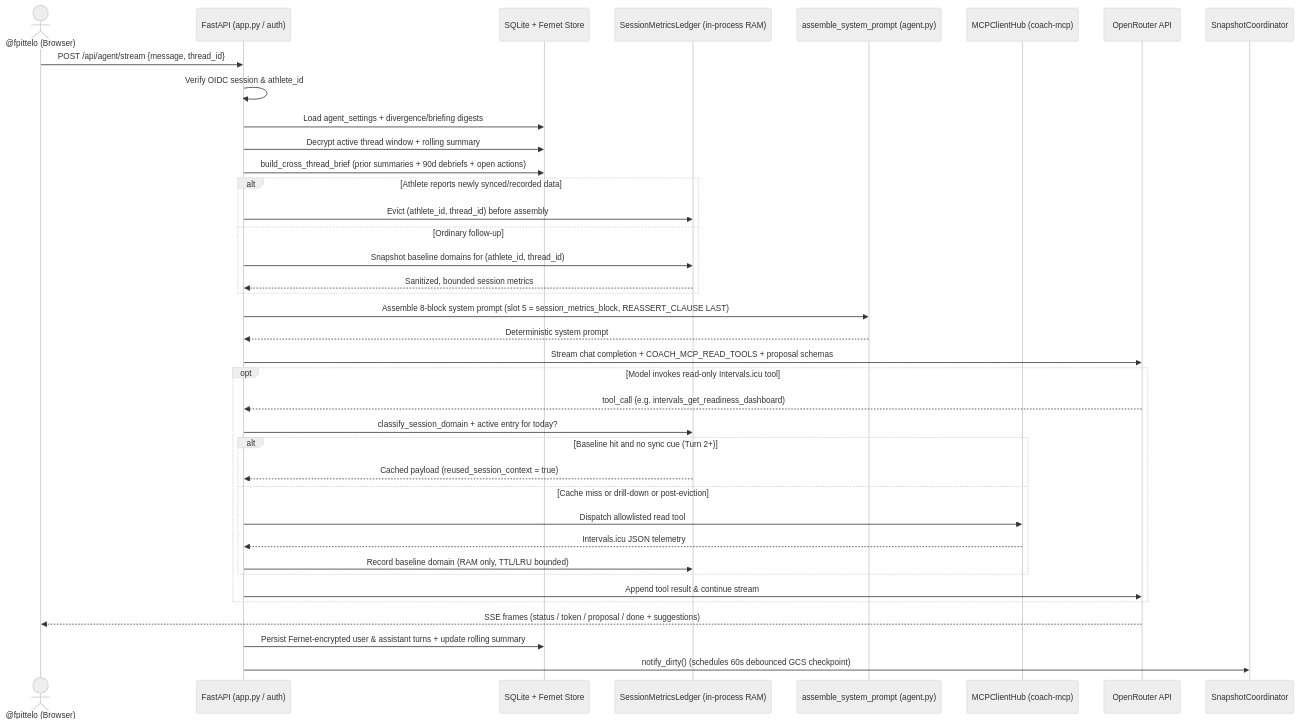
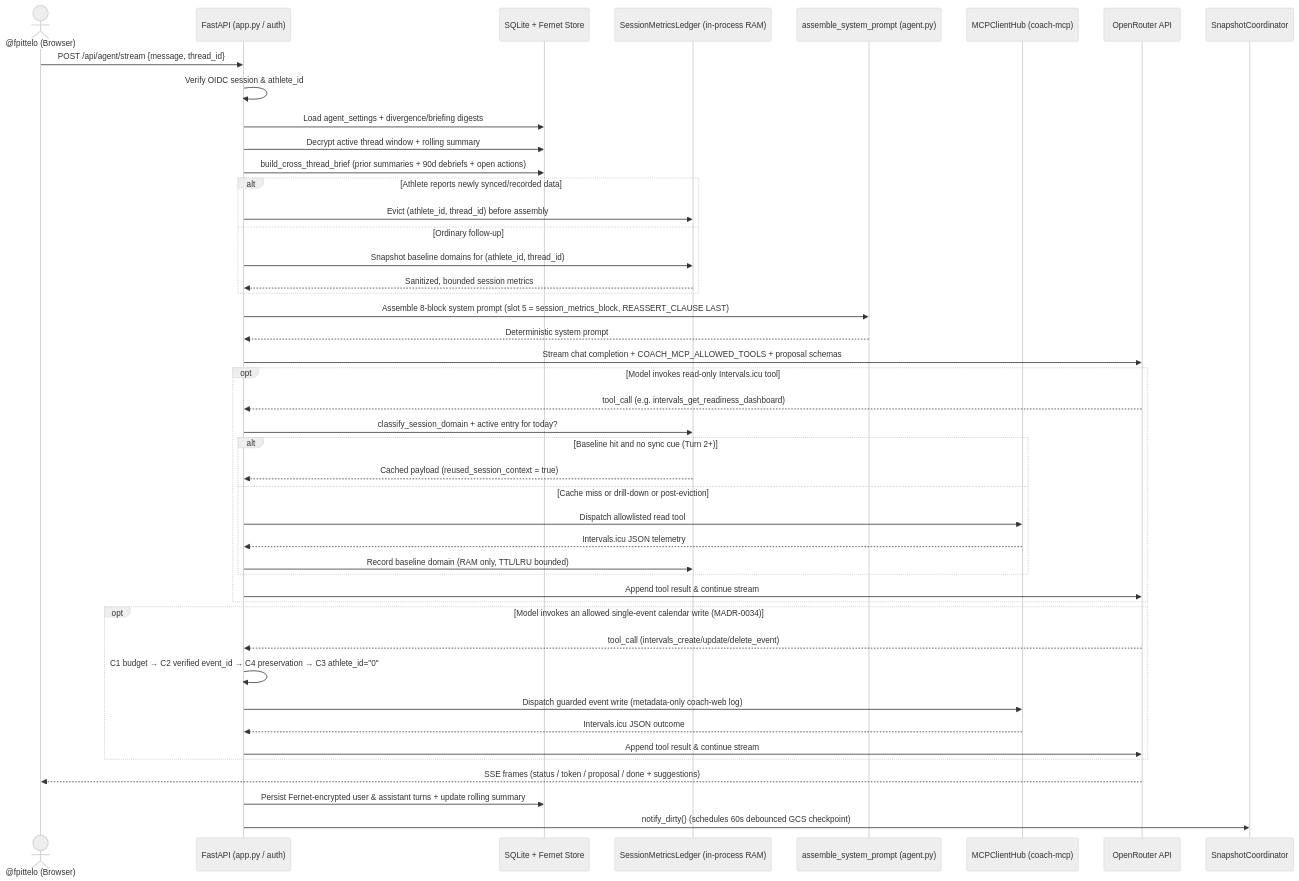
Before and after one commit to fpittelo/coach-web: the first of 3 diagrams in docs/architecture/arc42/02-runtime-and-delivery.md, drawn with Mermaid (neutral theme). The commit also changed other lines of this file and 17 other files, not shown here.

````diff
--- a/docs/architecture/arc42/02-runtime-and-delivery.md
+++ b/docs/architecture/arc42/02-runtime-and-delivery.md
@@ -14,41 +14,48 @@
 ```mermaid
 sequenceDiagram
     actor Athlete as @fpittelo (Browser)
     participant App as FastAPI (app.py / auth)
     participant Store as SQLite + Fernet Store
     participant Ledger as SessionMetricsLedger (in-process RAM)
     participant Seam as assemble_system_prompt (agent.py)
     participant Hub as MCPClientHub (coach-mcp)
     participant LLM as OpenRouter API
     participant Snap as SnapshotCoordinator
 
     Athlete->>App: POST /api/agent/stream {message, thread_id}
     App->>App: Verify OIDC session & athlete_id
     App->>Store: Load agent_settings + divergence/briefing digests
     App->>Store: Decrypt active thread window + rolling summary
     App->>Store: build_cross_thread_brief (prior summaries + 90d debriefs + open actions)
     alt Athlete reports newly synced/recorded data
         App->>Ledger: Evict (athlete_id, thread_id) before assembly
     else Ordinary follow-up
         App->>Ledger: Snapshot baseline domains for (athlete_id, thread_id)
         Ledger-->>App: Sanitized, bounded session metrics
     end
     App->>Seam: Assemble 8-block system prompt (slot 5 = session_metrics_block, REASSERT_CLAUSE LAST)
     Seam-->>App: Deterministic system prompt
-    App->>LLM: Stream chat completion + COACH_MCP_READ_TOOLS + proposal schemas
+    App->>LLM: Stream chat completion + COACH_MCP_ALLOWED_TOOLS + proposal schemas
     opt Model invokes read-only Intervals.icu tool
         LLM-->>App: tool_call (e.g. intervals_get_readiness_dashboard)
         App->>Ledger: classify_session_domain + active entry for today?
         alt Baseline hit and no sync cue (Turn 2+)
             Ledger-->>App: Cached payload (reused_session_context = true)
         else Cache miss or drill-down or post-eviction
             App->>Hub: Dispatch allowlisted read tool
             Hub-->>App: Intervals.icu JSON telemetry
             App->>Ledger: Record baseline domain (RAM only, TTL/LRU bounded)
         end
         App->>LLM: Append tool result & continue stream
     end
+    opt Model invokes an allowed single-event calendar write (MADR-0034)
+        LLM-->>App: tool_call (intervals_create/update/delete_event)
+        App->>App: C1 budget → C2 verified event_id → C4 preservation → C3 athlete_id="0"
+        App->>Hub: Dispatch guarded event write (metadata-only coach-web log)
+        Hub-->>App: Intervals.icu JSON outcome
+        App->>LLM: Append tool result & continue stream
+    end
     LLM-->>Athlete: SSE frames (status / token / proposal / done + suggestions)
     App->>Store: Persist Fernet-encrypted user & assistant turns + update rolling summary
     App->>Snap: notify_dirty() (schedules 60s debounced GCS checkpoint)
 ```
````
